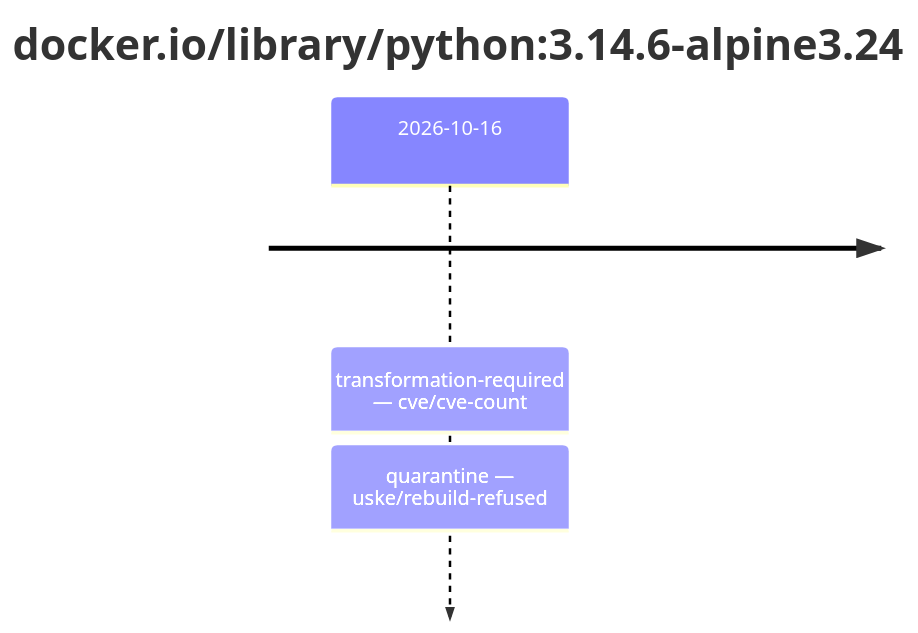
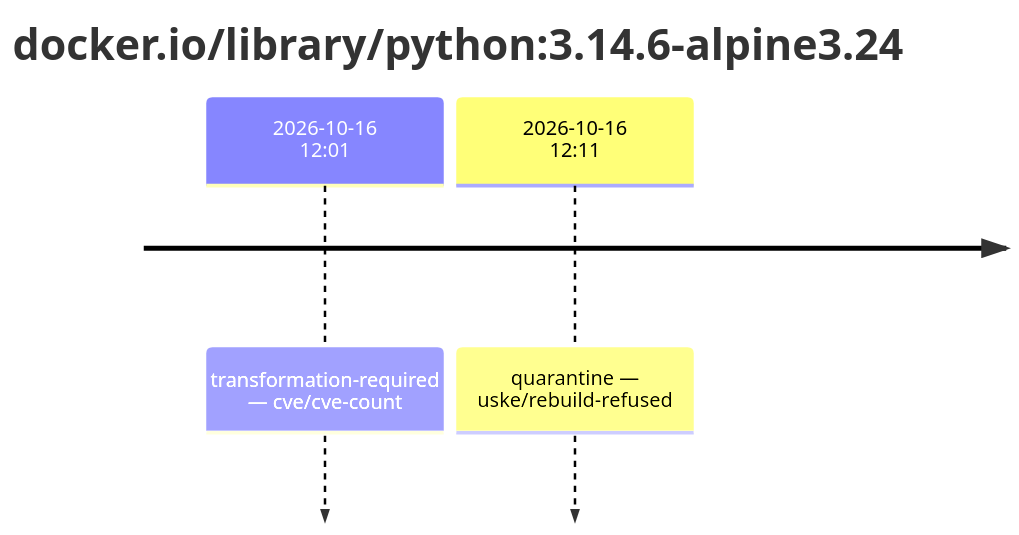
The first of 2 diagrams in results/reports/base-python-3/sha256:df76c26acfd5720410ad9ff0a05ed7985f4ea6fc1e4bc52b766b113583eaa0a6.md (trivoallan/base-images), drawn with Mermaid before and after one commit. The commit also changed other lines of this file and 12 other files, not shown here.

````diff
--- a/results/reports/base-python-3/sha256:df76c26acfd5720410ad9ff0a05ed7985f4ea6fc1e4bc52b766b113583eaa0a6.md
+++ b/results/reports/base-python-3/sha256:df76c26acfd5720410ad9ff0a05ed7985f4ea6fc1e4bc52b766b113583eaa0a6.md
@@ -5,5 +5,6 @@
 ```mermaid
 timeline
     title docker.io/library/python#58;3.14.6-alpine3.24
-    2026-10-16 : transformation-required — cve/cve-count : quarantine — uske/rebuild-refused
+    2026-10-16 12#58;01 : transformation-required — cve/cve-count
+    2026-10-16 12#58;11 : quarantine — uske/rebuild-refused
 ```
````
